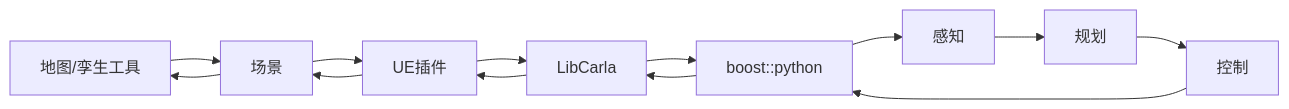
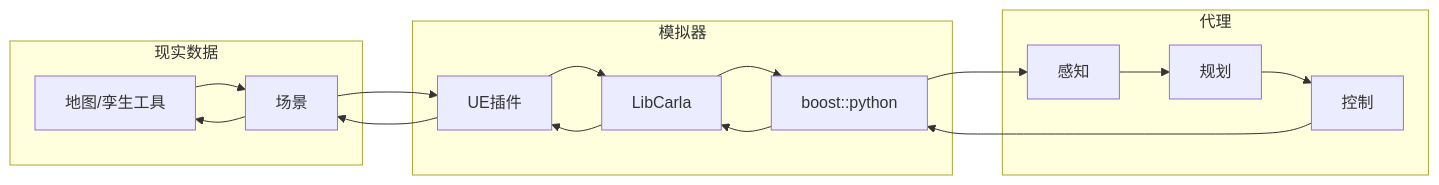
The diagram in profile/workflow.md (OpenHUTB/.github), drawn with Mermaid before and after one commit.

Commit message:
添加子图

````diff
--- a/profile/workflow.md
+++ b/profile/workflow.md
@@ -1,15 +1,21 @@
 ```mermaid
 flowchart LR
+    subgraph 现实数据
     地图/孪生工具-->场景
     场景-->地图/孪生工具
+    end
     UE插件-->场景
     场景-->UE插件
+    subgraph 模拟器
     LibCarla-->UE插件
     UE插件-->LibCarla
     LibCarla-->boost::python
     boost::python-->LibCarla
+    end
     控制-->boost::python
     boost::python-->感知;
+    subgraph 代理
     规划-->控制 
     感知-->规划
+    end
 ```
````
